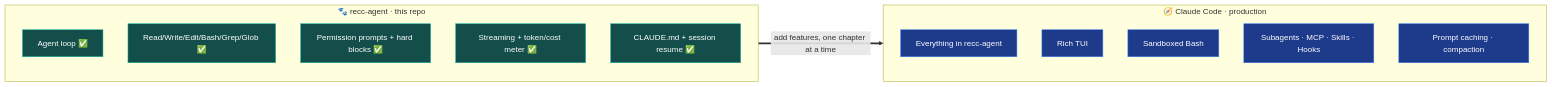
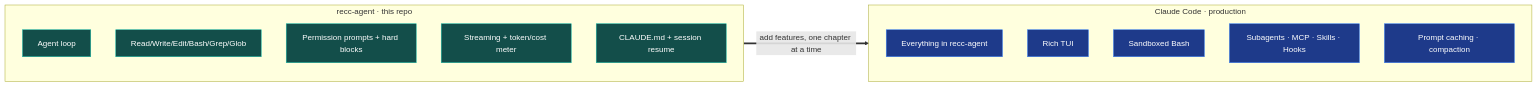
The second of 2 diagrams in README.md (SaieshwarTech/reverse-engineering-claude-code), drawn with Mermaid before and after one commit. The commit also changed other lines of this file and 1 other file, not shown here.

````diff
--- a/README.md
+++ b/README.md
@@ -81,25 +154,25 @@
 ```mermaid
 flowchart LR
-    subgraph OC["🐾 recc-agent · this repo"]
+    subgraph OC["recc-agent · this repo"]
         direction TB
-        A1[Agent loop ✅]
-        A2[Read/Write/Edit/Bash/Grep/Glob ✅]
-        A3[Permission prompts + hard blocks ✅]
-        A4[Streaming + token/cost meter ✅]
-        A5[CLAUDE.md + session resume ✅]
+        A1[Agent loop]
+        A2[Read/Write/Edit/Bash/Grep/Glob]
+        A3[Permission prompts + hard blocks]
+        A4[Streaming + token/cost meter]
+        A5[CLAUDE.md + session resume]
     end
-    subgraph CC["🧭 Claude Code · production"]
+    subgraph CC["Claude Code · production"]
         direction TB
         B1[Everything in recc-agent]
         B2[Rich TUI]
         B3[Sandboxed Bash]
         B4[Subagents · MCP · Skills · Hooks]
         B5[Prompt caching · compaction]
     end
     OC ==>|"add features, one chapter at a time"| CC
 
     classDef oc fill:#134e4a,stroke:#14b8a6,color:#fff
     classDef cc fill:#1e3a8a,stroke:#3B82F6,color:#fff
     class A1,A2,A3,A4,A5 oc
     class B1,B2,B3,B4,B5 cc
 ```
````
